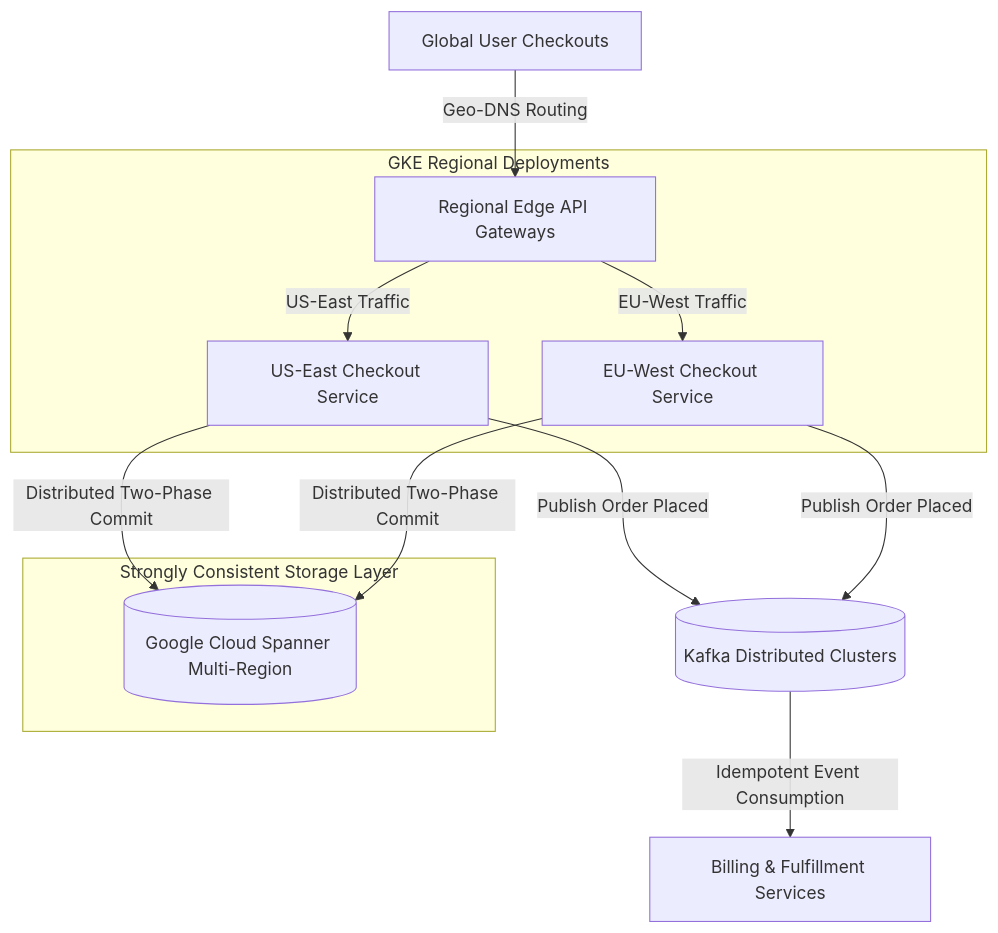
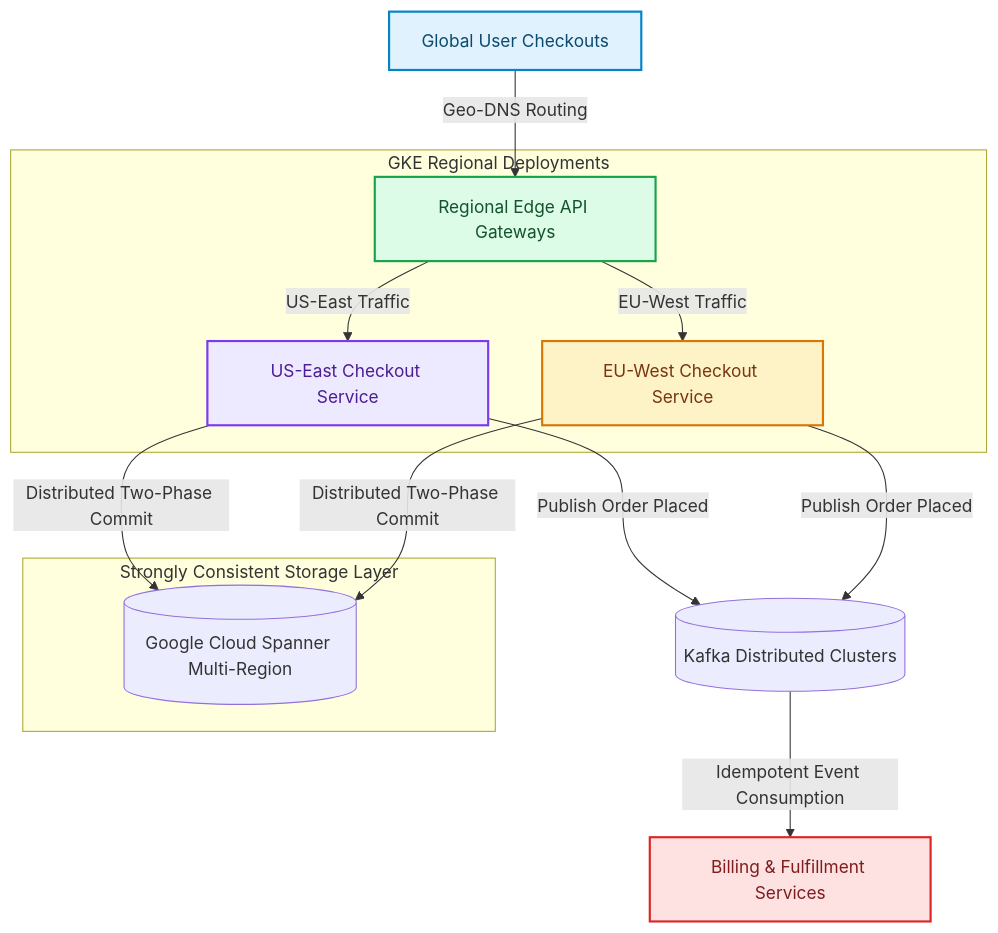
One commit to akmalkhaniub/akmalkhaniub.github.io changed the diagram in blog/posts/case-study-ecommerce-multi-region-checkout-ordering-pipelines.md. Above: the diagram before and after it, drawn with Mermaid. The commit also changed other lines of this file and 1291 other files, not shown here.

First line of the commit message:
feat(catalog): unique covers, scholarly references, and diagram palettes

````diff
--- a/blog/posts/case-study-ecommerce-multi-region-checkout-ordering-pipelines.md
+++ b/blog/posts/case-study-ecommerce-multi-region-checkout-ordering-pipelines.md
@@ -38,19 +38,30 @@
 ```mermaid
 flowchart TD
-  A[Global User Checkouts] -->|Geo-DNS Routing| B[Regional Edge API Gateways]
+  A["Global User Checkouts"] -->|Geo-DNS Routing| B["Regional Edge API Gateways"]
   
   subgraph SG1_GkeRegionalDeployments ["GKE Regional Deployments"]
-    B -->|US-East Traffic| C[US-East Checkout Service]
-    B -->|EU-West Traffic| D[EU-West Checkout Service]
+    B -->|US-East Traffic| C["US-East Checkout Service"]
+    B -->|EU-West Traffic| D["EU-West Checkout Service"]
   end
   
   subgraph SG2_StronglyConsistentStorage ["Strongly Consistent Storage Layer"]
     C -->|Distributed Two-Phase Commit| E[(Google Cloud Spanner Multi-Region)]
     D -->|Distributed Two-Phase Commit| E
   end
   
   C -->|Publish Order Placed| F[(Kafka Distributed Clusters)]
   D -->|Publish Order Placed| F
   
-  F -->|Idempotent Event Consumption| G[Billing & Fulfillment Services]
+  F -->|Idempotent Event Consumption| G["Billing & Fulfillment Services"]
+
+classDef green fill:#dcfce7,stroke:#16a34a,stroke-width:2px,color:#14532d;
+classDef red fill:#fee2e2,stroke:#dc2626,stroke-width:2px,color:#7f1d1d;
+classDef blue fill:#e0f2fe,stroke:#0284c7,stroke-width:2px,color:#0c4a6e;
+classDef yellow fill:#fef3c7,stroke:#d97706,stroke-width:2px,color:#78350f;
+classDef purple fill:#ede9fe,stroke:#7c3aed,stroke-width:2px,color:#4c1d95;
+class A blue
+class B green
+class C purple
+class D yellow
+class G red
 ```
````
